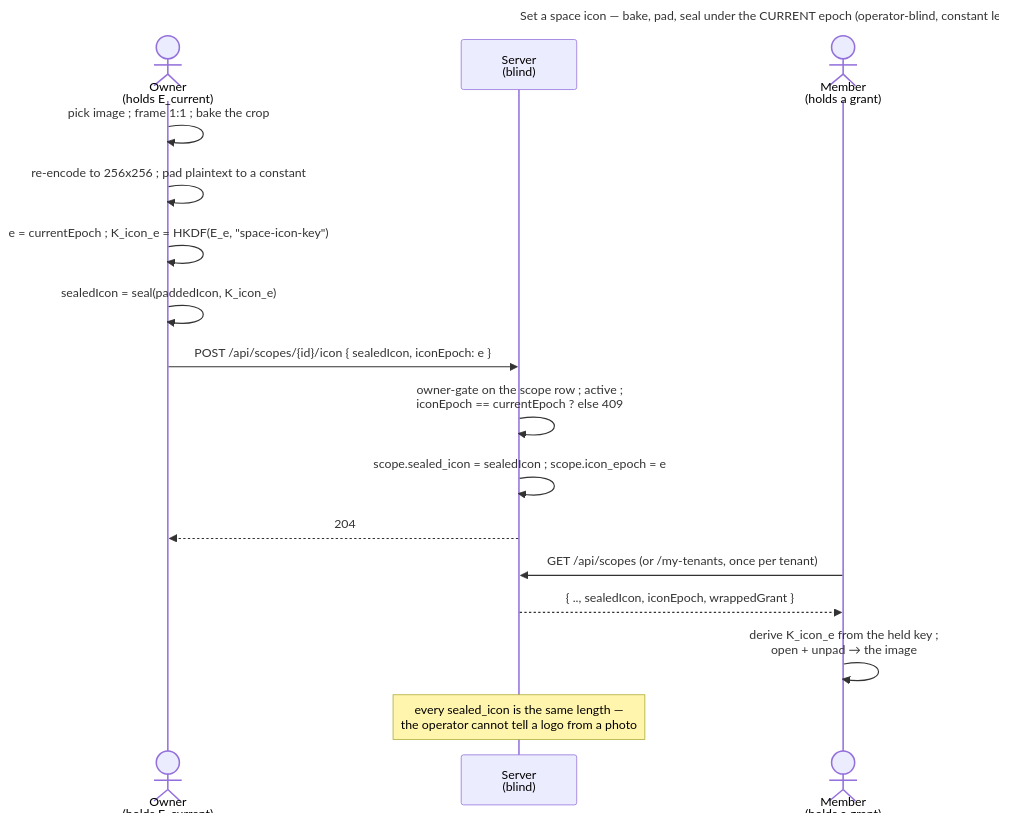
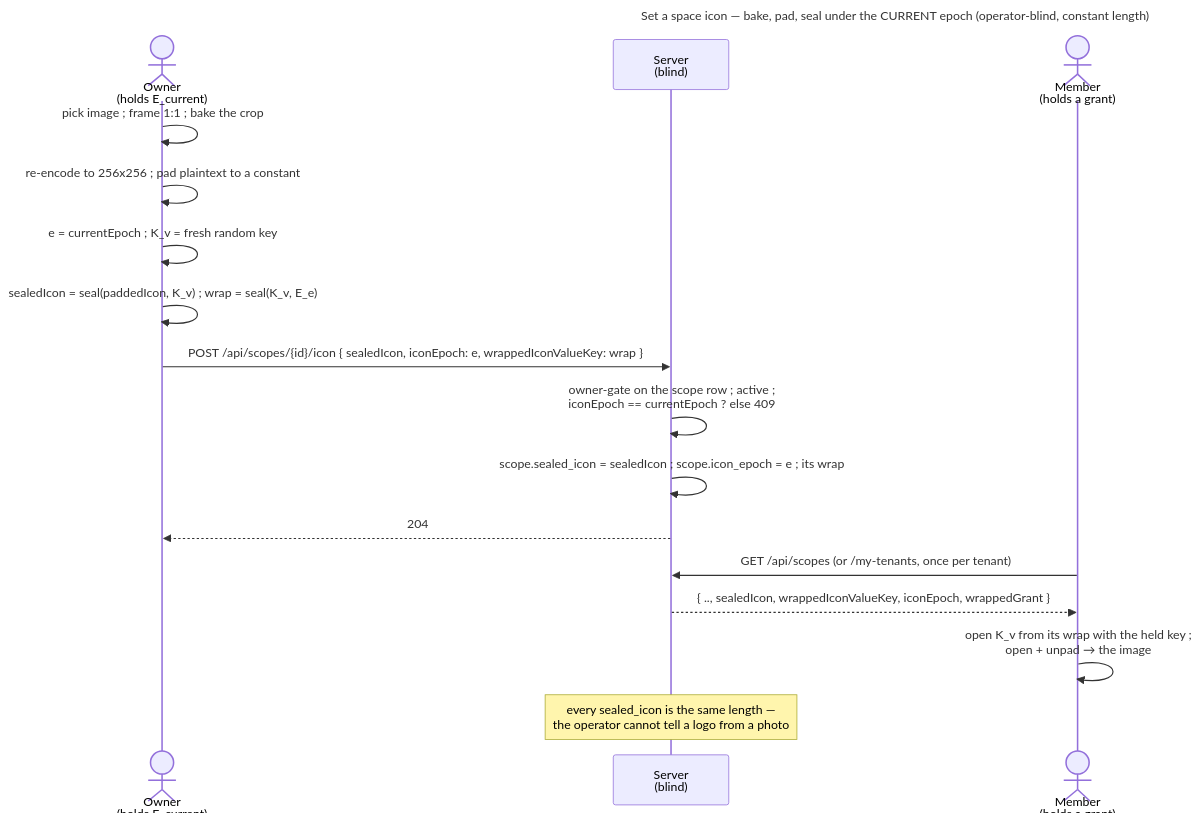
One commit to raddatzk/veyq changed the diagram in docs/features/spaces/use-cases/uc.spaces.set-space-icon.md. Above: the diagram before and after it, drawn with Mermaid. The commit also changed other lines of this file and 31 other files, not shown here.

````diff
--- a/docs/features/spaces/use-cases/uc.spaces.set-space-icon.md
+++ b/docs/features/spaces/use-cases/uc.spaces.set-space-icon.md
@@ -73,21 +76,21 @@
 ```mermaid
 ---
 title: Set a space icon — bake, pad, seal under the CURRENT epoch (operator-blind, constant length)
 ---
 sequenceDiagram
   actor O as Owner<br>(holds E_current)
   participant S as Server<br>(blind)
   actor M as Member<br>(holds a grant)
   O->>O: pick image #59; frame 1:1 #59; bake the crop
   O->>O: re-encode to 256x256 #59; pad plaintext to a constant
-  O->>O: e = currentEpoch #59; K_icon_e = HKDF(E_e, "space-icon-key")
-  O->>O: sealedIcon = seal(paddedIcon, K_icon_e)
-  O->>S: POST /api/scopes/{id}/icon { sealedIcon, iconEpoch: e }
+  O->>O: e = currentEpoch #59; K_v = fresh random key
+  O->>O: sealedIcon = seal(paddedIcon, K_v) #59; wrap = seal(K_v, E_e)
+  O->>S: POST /api/scopes/{id}/icon { sealedIcon, iconEpoch: e, wrappedIconValueKey: wrap }
   S->>S: owner-gate on the scope row #59; active #59;<br>iconEpoch == currentEpoch ? else 409
-  S->>S: scope.sealed_icon = sealedIcon #59; scope.icon_epoch = e
+  S->>S: scope.sealed_icon = sealedIcon #59; scope.icon_epoch = e #59; its wrap
   S-->>O: 204
   M->>S: GET /api/scopes  (or /my-tenants, once per tenant)
-  S-->>M: { .., sealedIcon, iconEpoch, wrappedGrant }
-  M->>M: derive K_icon_e from the held key #59;<br>open + unpad → the image
+  S-->>M: { .., sealedIcon, wrappedIconValueKey, iconEpoch, wrappedGrant }
+  M->>M: open K_v from its wrap with the held key #59;<br>open + unpad → the image
   Note over S: every sealed_icon is the same length —<br>the operator cannot tell a logo from a photo
 ```
````
